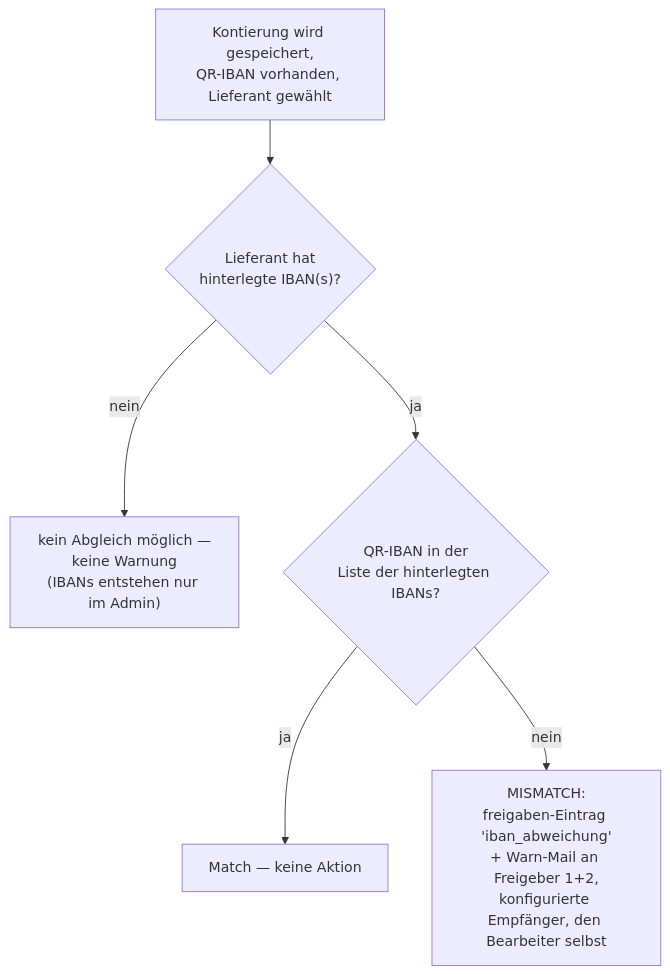
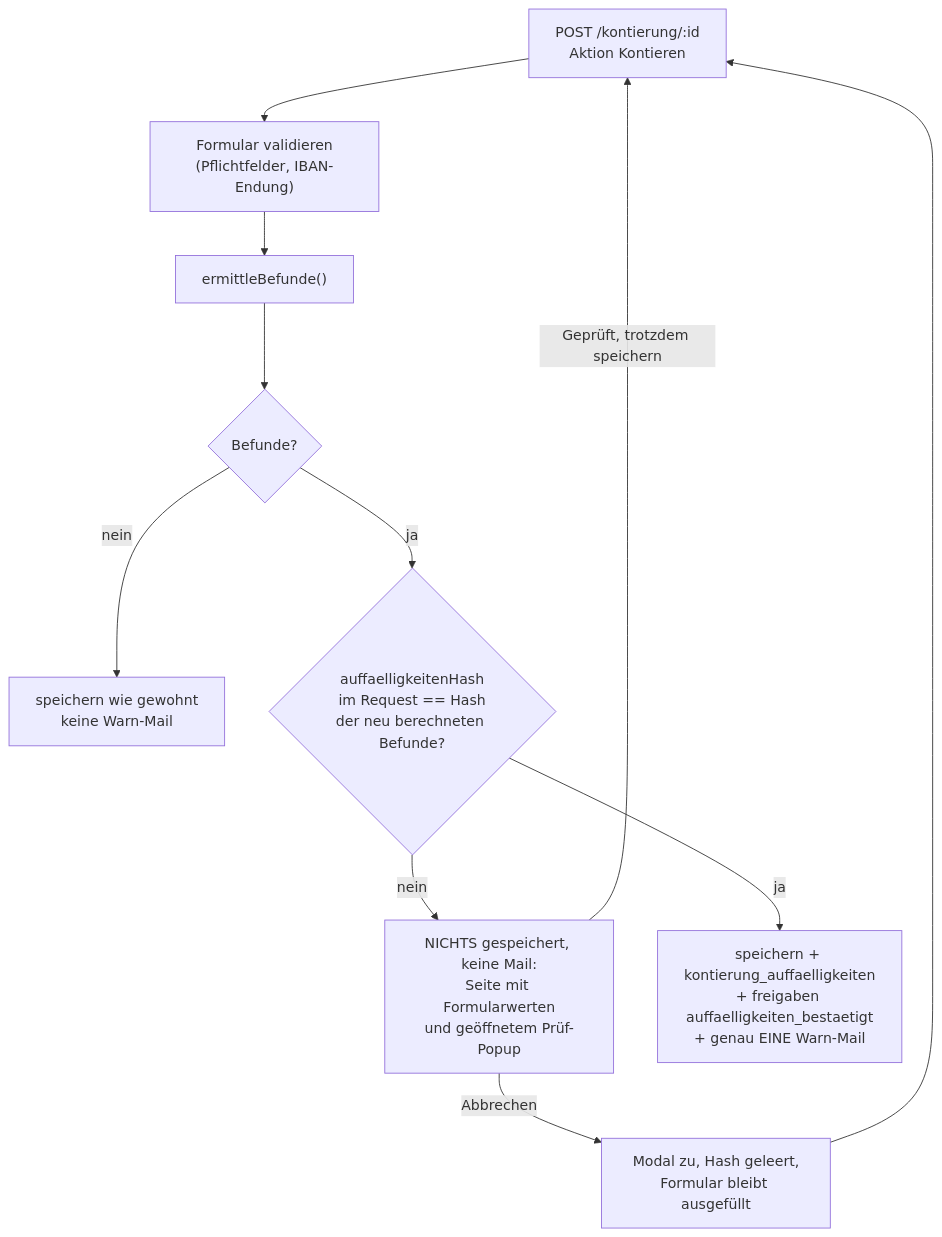
One commit to rony326/freigabeportal changed the second of 2 diagrams in docs/qr-bill-und-betrugserkennung.md. Above: the diagram before and after it, drawn with Mermaid. The commit also changed other lines of this file and 7 other files, not shown here.

First line of the commit message:
docs: Betrugserkennung neu beschrieben; Testmodus-Lieferanten mit IBAN

````diff
--- a/docs/qr-bill-und-betrugserkennung.md
+++ b/docs/qr-bill-und-betrugserkennung.md
@@ -38,8 +112,13 @@
 ```mermaid
 flowchart TD
-    A["Kontierung wird gespeichert,<br/>QR-IBAN vorhanden, Lieferant gewählt"] --> B{"Lieferant hat<br/>hinterlegte IBAN(s)?"}
-    B -- nein --> E["kein Abgleich möglich —<br/>keine Warnung<br/>(IBANs entstehen nur im Admin)"]
-    B -- ja --> F{"QR-IBAN in der<br/>Liste der hinterlegten IBANs?"}
-    F -- ja --> G["Match — keine Aktion"]
-    F -- nein --> H["MISMATCH:<br/>freigaben-Eintrag 'iban_abweichung'<br/>+ Warn-Mail an Freigeber 1+2,<br/>konfigurierte Empfänger, den Bearbeiter selbst"]
+    A["POST /kontierung/:id<br/>Aktion Kontieren"] --> B["Formular validieren<br/>(Pflichtfelder, IBAN-Endung)"]
+    B --> C["ermittleBefunde()"]
+    C --> D{"Befunde?"}
+    D -- nein --> S["speichern wie gewohnt<br/>keine Warn-Mail"]
+    D -- ja --> E{"auffaelligkeitenHash<br/>im Request == Hash<br/>der neu berechneten Befunde?"}
+    E -- nein --> P["NICHTS gespeichert, keine Mail:<br/>Seite mit Formularwerten<br/>und geöffnetem Prüf-Popup"]
+    P -- Abbrechen --> F["Modal zu, Hash geleert,<br/>Formular bleibt ausgefüllt"]
+    F --> A
+    P -- "Geprüft, trotzdem speichern" --> A
+    E -- ja --> T["speichern + kontierung_auffaelligkeiten<br/>+ freigaben auffaelligkeiten_bestaetigt<br/>+ genau EINE Warn-Mail"]
 ```
````
